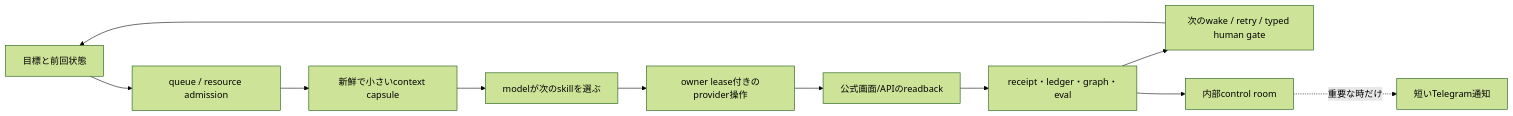
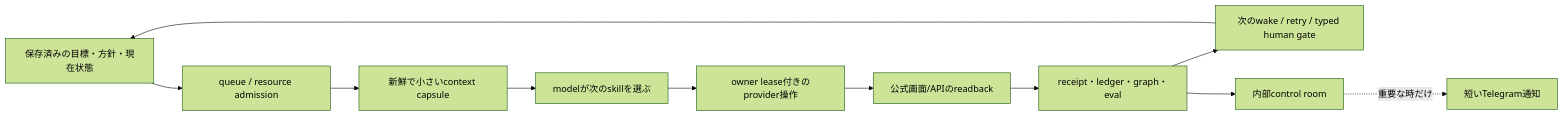
Before and after one commit to Daisuke134/life-manager: the first of 4 diagrams in docs/superpowers/specs/2026-09-15-life-manager-agent-architecture-refinement.md, drawn with Mermaid (forest theme). The commit also changed other lines of this file, not shown here.

````diff
--- a/docs/superpowers/specs/2026-09-15-life-manager-agent-architecture-refinement.md
+++ b/docs/superpowers/specs/2026-09-15-life-manager-agent-architecture-refinement.md
@@ -77,13 +96,13 @@
 ```mermaid
 flowchart LR
-  A[目標と前回状態] --> B[queue / resource admission]
+  A[保存済みの目標・方針・現在状態] --> B[queue / resource admission]
   B --> C[新鮮で小さいcontext capsule]
   C --> D[modelが次のskillを選ぶ]
   D --> E[owner lease付きのprovider操作]
   E --> F[公式画面/APIのreadback]
   F --> G[receipt・ledger・graph・eval]
   G --> H[次のwake / retry / typed human gate]
   H --> A
   G --> I[内部control room]
   I -.重要な時だけ.-> J[短いTelegram通知]
 ```
````
